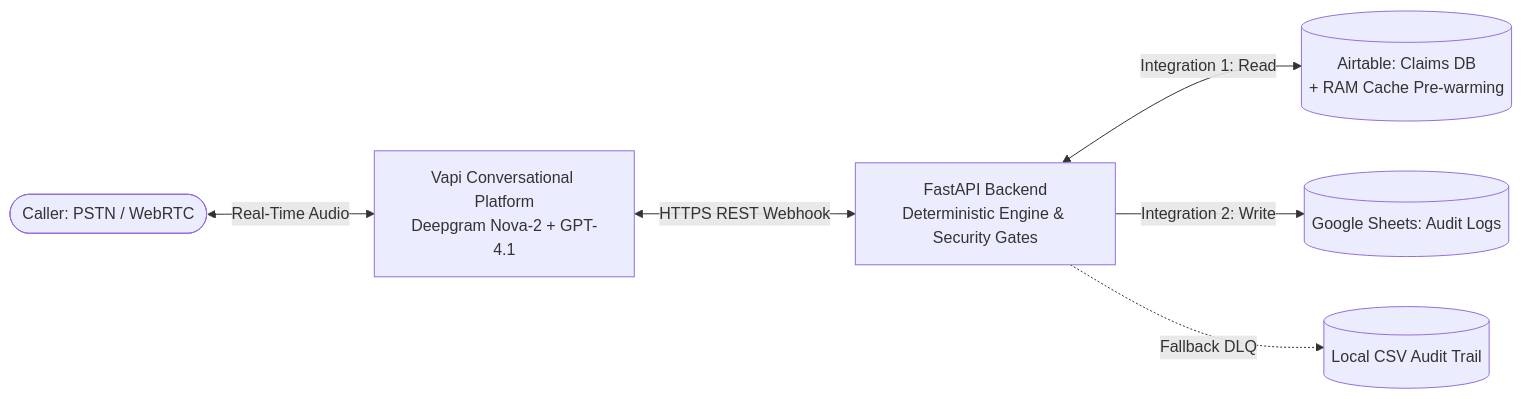
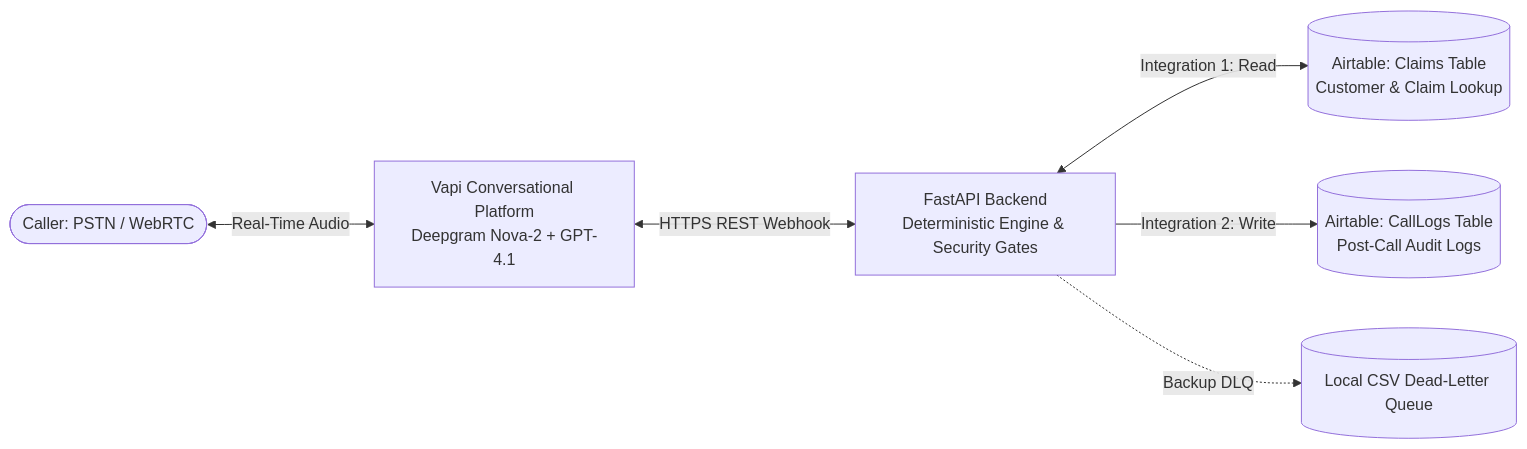
One commit to uds822/voice-ai-claims-assistant changed the first of 4 diagrams in SYSTEM_DESIGN_AND_INTERVIEW_GUIDE.md. Above: the diagram before and after it, drawn with Mermaid. The commit also changed other lines of this file and 5 other files, not shown here.

Commit message:
docs(architecture): update system diagrams and interview Q&A to reflect Airtable CallLogs as Integration #2

````diff
--- a/SYSTEM_DESIGN_AND_INTERVIEW_GUIDE.md
+++ b/SYSTEM_DESIGN_AND_INTERVIEW_GUIDE.md
@@ -40,8 +40,8 @@
 ```mermaid
 flowchart LR
     Caller([Caller: PSTN / WebRTC]) <-->|Real-Time Audio| Vapi[Vapi Conversational Platform\nDeepgram Nova-2 + GPT-4.1]
     Vapi <-->|HTTPS REST Webhook| FastAPI[FastAPI Backend\nDeterministic Engine & Security Gates]
-    FastAPI <-->|Integration 1: Read| Airtable[(Airtable: Claims DB\n+ RAM Cache Pre-warming)]
-    FastAPI -->|Integration 2: Write| Sheets[(Google Sheets: Audit Logs)]
-    FastAPI -.->|Fallback DLQ| LocalCSV[(Local CSV Audit Trail)]
+    FastAPI <-->|Integration 1: Read| AirtableClaims[(Airtable: Claims Table\nCustomer & Claim Lookup)]
+    FastAPI -->|Integration 2: Write| AirtableLogs[(Airtable: CallLogs Table\nPost-Call Audit Logs)]
+    FastAPI -.->|Backup DLQ| LocalCSV[(Local CSV Dead-Letter Queue)]
 ```
````
